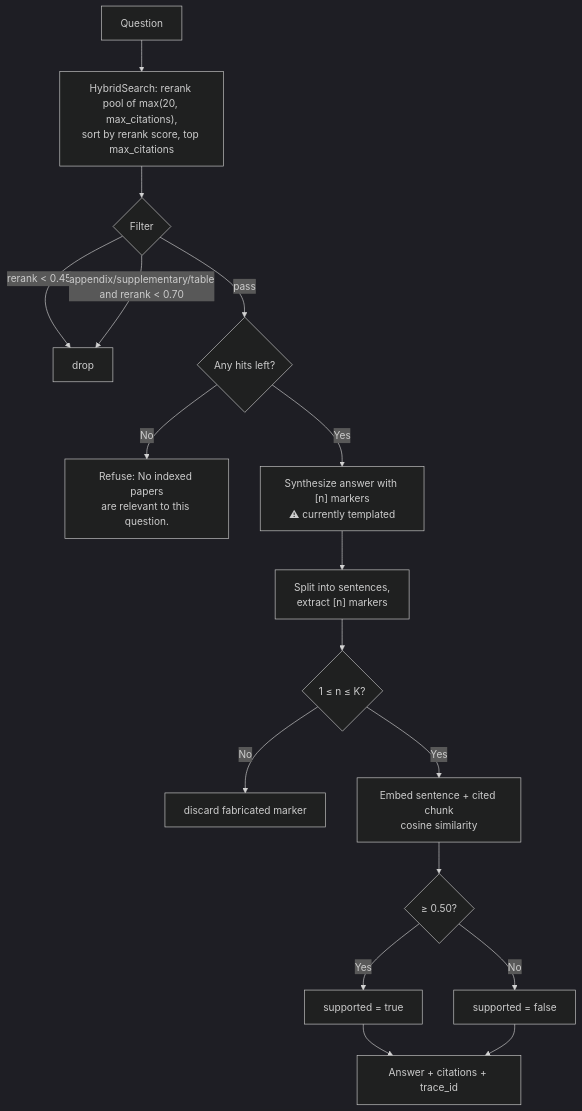
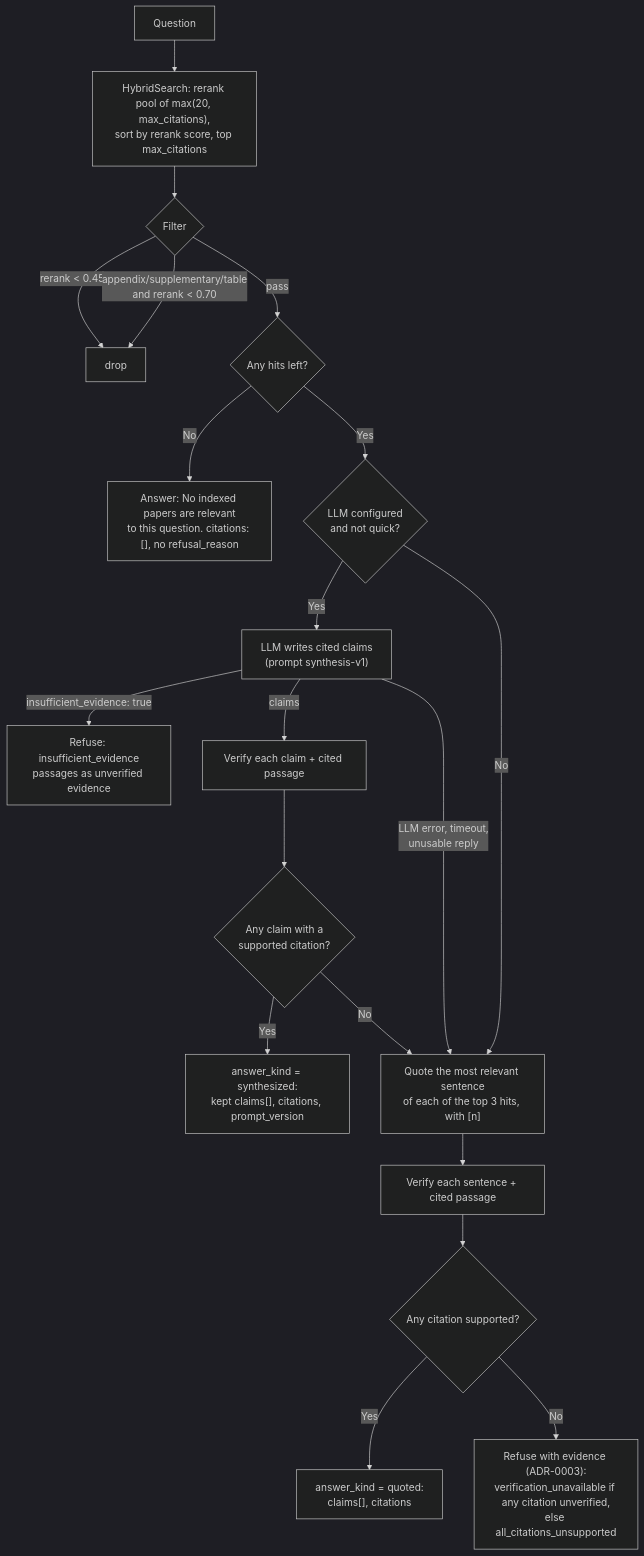
Before and after one commit to MaheshPulivarthi18/arxivlens-agents: the fifth of 6 diagrams in docs/PRD-Technical.md, drawn with Mermaid (dark theme). The commit also changed other lines of this file and 1 other file, not shown here.

Commit message:
docs(PRD): QA-3/QA-4/QA-8 rows and Technical §7.2 match NLI verification, statuses and claims (#16)
QA-4 ◐ → ✅: verbatim quote or NLI P(entailment) via /internal/verify >= 0.50, fail closed
(unverified), ADR-0014 statuses and per-claim claims[] (AI-8b #65). QA-8 ⏳ → ✅ (#46).
Technical §7.2 diagram now shows the LLM / quoted paths and the three refusal reasons;
the AI-2 known-gap paragraph and the §8 supported-rate caveat are removed; §11 P0 row Done.

Claude-Session: https://claude.ai/code/session_01ATEBeTRnDr2RMBzSVhHNKD

````diff
--- a/docs/PRD-Technical.md
+++ b/docs/PRD-Technical.md
@@ -270,19 +270,22 @@
 ```mermaid
 flowchart TD
     A[Question] --> B["HybridSearch: rerank pool of max(20, max_citations),<br/>sort by rerank score, top max_citations"]
     B --> C{Filter}
     C -->|"rerank &lt; 0.45"| X[drop]
     C -->|"appendix/supplementary/table<br/>and rerank &lt; 0.70"| X
     C -->|pass| D{Any hits left?}
-    D -- No --> R["Refuse: No indexed papers<br/>are relevant to this question."]
-    D -- Yes --> E["Synthesize answer with #91;n#93; markers<br/>⚠ currently templated"]
-    E --> F["Split into sentences,<br/>extract #91;n#93; markers"]
-    F --> G{"1 ≤ n ≤ K?"}
-    G -- No --> X2[discard fabricated marker]
-    G -- Yes --> H[Embed sentence + cited chunk<br/>cosine similarity]
-    H --> I{"≥ 0.50?"}
-    I -- Yes --> S[supported = true]
-    I -- No --> U[supported = false]
-    S --> O[Answer + citations + trace_id]
-    U --> O
+    D -- No --> R["Answer: No indexed papers are relevant<br/>to this question. citations: [], no refusal_reason"]
+    D -- Yes --> L{"LLM configured<br/>and not quick?"}
+    L -- Yes --> M["LLM writes cited claims<br/>(prompt synthesis-v1)"]
+    M -->|"insufficient_evidence: true"| RI["Refuse: insufficient_evidence<br/>passages as unverified evidence"]
+    M -->|"claims"| V2[Verify each claim + cited passage]
+    V2 --> K{"Any claim with a<br/>supported citation?"}
+    K -- Yes --> OS["answer_kind = synthesized:<br/>kept claims[], citations, prompt_version"]
+    K -- No --> Q
+    M -->|"LLM error, timeout,<br/>unusable reply"| Q
+    L -- No --> Q["Quote the most relevant sentence<br/>of each of the top 3 hits, with #91;n#93;"]
+    Q --> V[Verify each sentence + cited passage]
+    V --> S{"Any citation supported?"}
+    S -- Yes --> OQ["answer_kind = quoted:<br/>claims[], citations"]
+    S -- No --> RF["Refuse with evidence (ADR-0003):<br/>verification_unavailable if any citation unverified,<br/>else all_citations_unsupported"]
 ```
````
